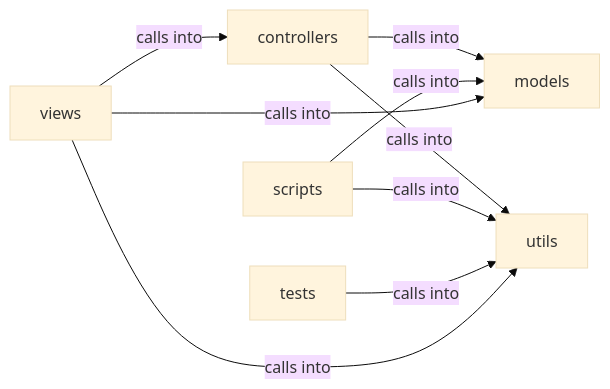
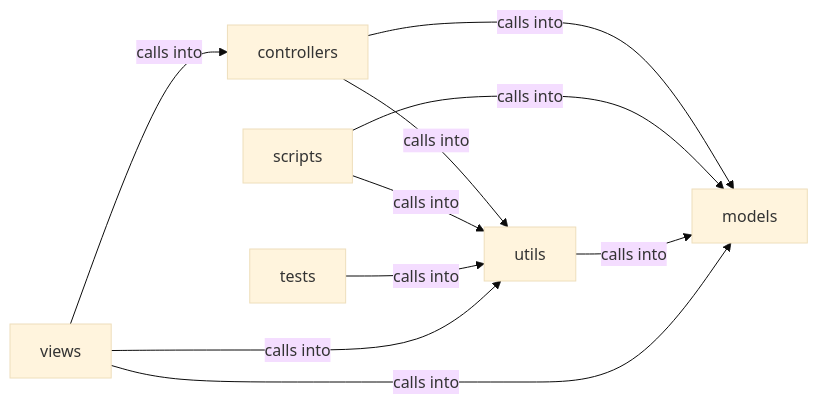
Before and after one commit to grisuno/QuantumVault: the diagram in readmenator-maps/md/readmenator-diagrams/views_auth.md, drawn with Mermaid (base theme). The commit also changed other lines of this file and 275 other files, not shown here.

````diff
--- a/readmenator-maps/md/readmenator-diagrams/views_auth.md
+++ b/readmenator-maps/md/readmenator-diagrams/views_auth.md
@@ -5,17 +5,18 @@
 ```mermaid
 graph LR
     controllers["controllers"]
     models["models"]
     scripts["scripts"]
     tests["tests"]
     utils["utils"]
     views["views"]
     controllers -- "calls into" --> models
     controllers -- "calls into" --> utils
     scripts -- "calls into" --> models
     scripts -- "calls into" --> utils
     tests -- "calls into" --> utils
+    utils -- "calls into" --> models
     views -- "calls into" --> controllers
     views -- "calls into" --> models
     views -- "calls into" --> utils
 ```
````
